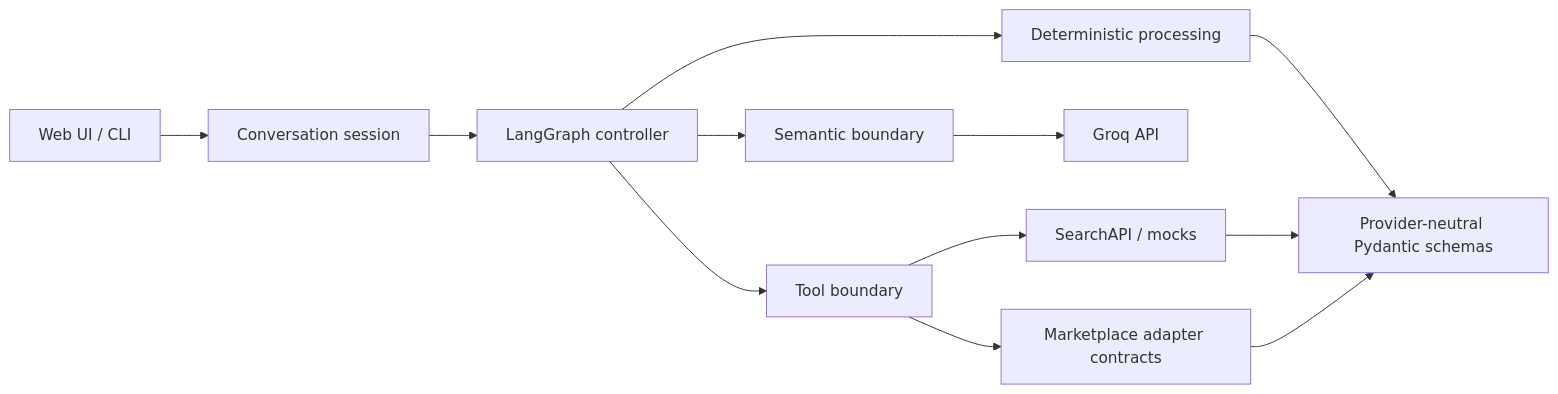
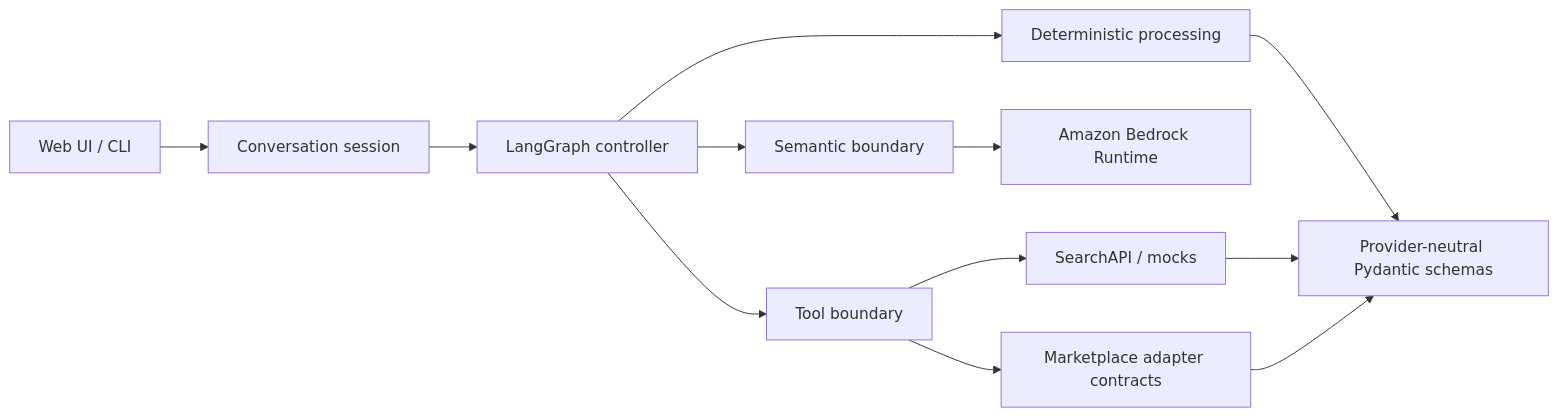
The second of 2 diagrams in README.md (jianyilu13-art/MindMuse_AI_agent_Hackathon2026), drawn with Mermaid before and after one commit. The commit also changed other lines of this file, not shown here.

````diff
--- a/README.md
+++ b/README.md
@@ -128,14 +128,14 @@
 ```mermaid
 flowchart LR
     UI[Web UI / CLI] --> SESSION[Conversation session]
     SESSION --> GRAPH[LangGraph controller]
     GRAPH --> SEM[Semantic boundary]
     GRAPH --> TOOLS[Tool boundary]
     GRAPH --> PROC[Deterministic processing]
-    SEM --> GROQ[Groq API]
+    SEM --> BEDROCK[Amazon Bedrock Runtime]
     TOOLS --> SEARCH[SearchAPI / mocks]
     TOOLS --> ADAPTERS[Marketplace adapter contracts]
     PROC --> SCHEMAS[Provider-neutral Pydantic schemas]
     SEARCH --> SCHEMAS
     ADAPTERS --> SCHEMAS
 ```
````
